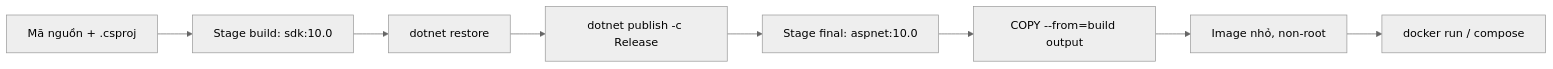
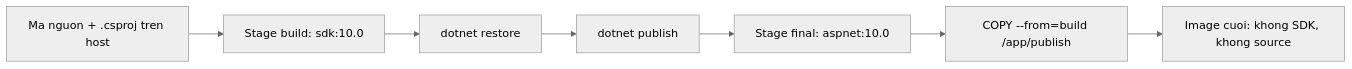
Before and after one commit to iamrealBi/learning-hub-v2: the second of 2 diagrams in docs/p4-bao-mat/deploy-docker.md, drawn with Mermaid (neutral theme). The commit also changed other lines of this file and 7 other files, not shown here.

````diff
--- a/docs/p4-bao-mat/deploy-docker.md
+++ b/docs/p4-bao-mat/deploy-docker.md
@@ -45,10 +178,9 @@
 ```mermaid
 flowchart LR
-    A[Mã nguồn + .csproj] --> B[Stage build: sdk:10.0]
+    A[Ma nguon + .csproj tren host] --> B[Stage build: sdk:10.0]
     B --> C[dotnet restore]
-    C --> D[dotnet publish -c Release]
+    C --> D[dotnet publish]
     D --> E[Stage final: aspnet:10.0]
-    E --> F[COPY --from=build output]
-    F --> G[Image nhỏ, non-root]
-    G --> H[docker run / compose]
+    E --> F["COPY --from=build /app/publish"]
+    F --> G[Image cuoi: khong SDK, khong source]
 ```
````
